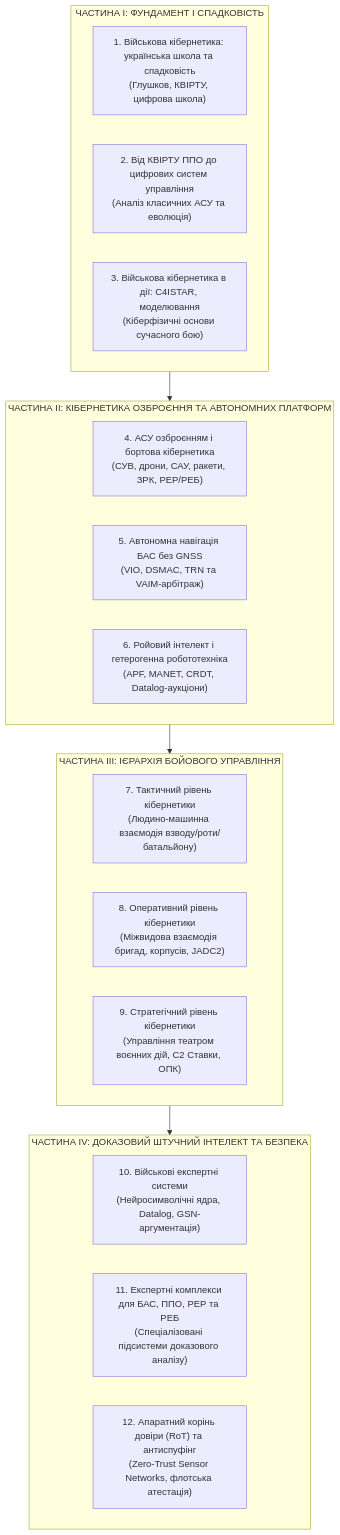
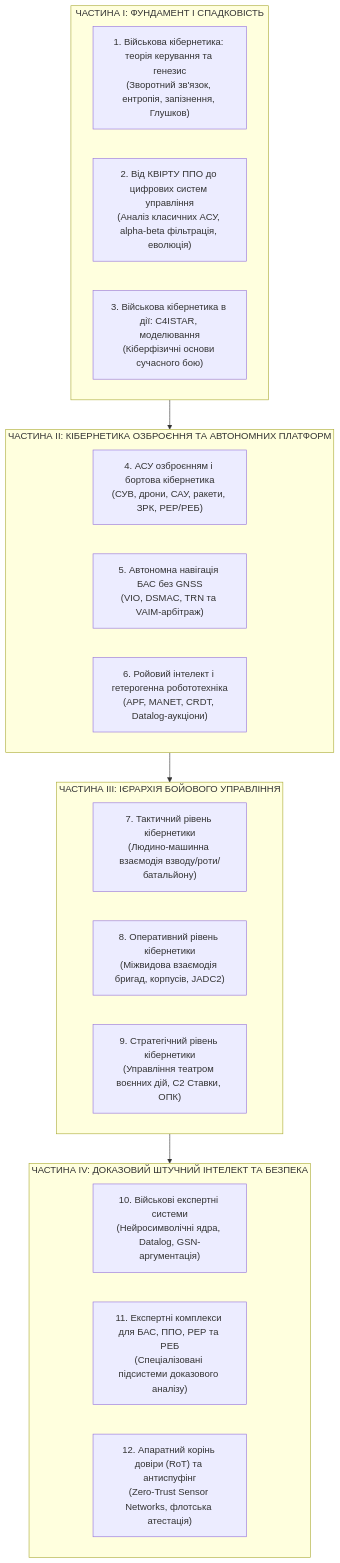
Before and after one commit to nick-fedchik/articles: the diagram in MilTech/README.md, drawn with Mermaid. The commit also changed other lines of this file and 2 other files, not shown here.

Commit message:
refactor(miltech): eliminate cross-chapter duplicate sections in chapters 1 and 2, structure by problem-solution-proof narrative and add engineering calculations

````diff
--- a/MilTech/README.md
+++ b/MilTech/README.md
@@ -27,30 +27,30 @@
 ```mermaid
 flowchart TD
     subgraph Part1["ЧАСТИНА I: ФУНДАМЕНТ І СПАДКОВІСТЬ"]
-        CH1["1. Військова кібернетика: українська школа та спадковість\n(Глушков, КВІРТУ, цифрова школа)"]
-        CH2["2. Від КВІРТУ ППО до цифрових систем управління\n(Аналіз класичних АСУ та еволюція)"]
+        CH1["1. Військова кібернетика: теорія керування та генезис\n(Зворотний зв'язок, ентропія, запізнення, Глушков)"]
+        CH2["2. Від КВІРТУ ППО до цифрових систем управління\n(Аналіз класичних АСУ, alpha-beta фільтрація, еволюція)"]
         CH3["3. Військова кібернетика в дії: C4ISTAR, моделювання\n(Кіберфізичні основи сучасного бою)"]
     end
 
     subgraph Part2["ЧАСТИНА II: КІБЕРНЕТИКА ОЗБРОЄННЯ ТА АВТОНОМНИХ ПЛАТФОРМ"]
         CH4["4. АСУ озброєнням і бортова кібернетика\n(СУВ, дрони, САУ, ракети, ЗРК, РЕР/РЕБ)"]
         CH5["5. Автономна навігація БАС без GNSS\n(VIO, DSMAC, TRN та VAIM-арбітраж)"]
         CH6["6. Ройовий інтелект і гетерогенна робототехніка\n(APF, MANET, CRDT, Datalog-аукціони)"]
     end
 
     subgraph Part3["ЧАСТИНА III: ІЄРАРХІЯ БОЙОВОГО УПРАВЛІННЯ"]
         CH7["7. Тактичний рівень кібернетики\n(Людино-машинна взаємодія взводу/роти/батальйону)"]
         CH8["8. Оперативний рівень кібернетики\n(Міжвидова взаємодія бригад, корпусів, JADC2)"]
         CH9["9. Стратегічний рівень кібернетики\n(Управління театром воєнних дій, C2 Ставки, ОПК)"]
     end
 
     subgraph Part4["ЧАСТИНА IV: ДОКАЗОВИЙ ШТУЧНИЙ ІНТЕЛЕКТ ТА БЕЗПЕКА"]
         CH10["10. Військові експертні системи\n(Нейросимволічні ядра, Datalog, GSN-аргументація)"]
         CH11["11. Експертні комплекси для БАС, ППО, РЕР та РЕБ\n(Спеціалізовані підсистеми доказового аналізу)"]
         CH12["12. Апаратний корінь довіри (RoT) та антиспуфінг\n(Zero-Trust Sensor Networks, флотська атестація)"]
     end
 
     Part1 --> Part2
     Part2 --> Part3
     Part3 --> Part4
 ```
````
